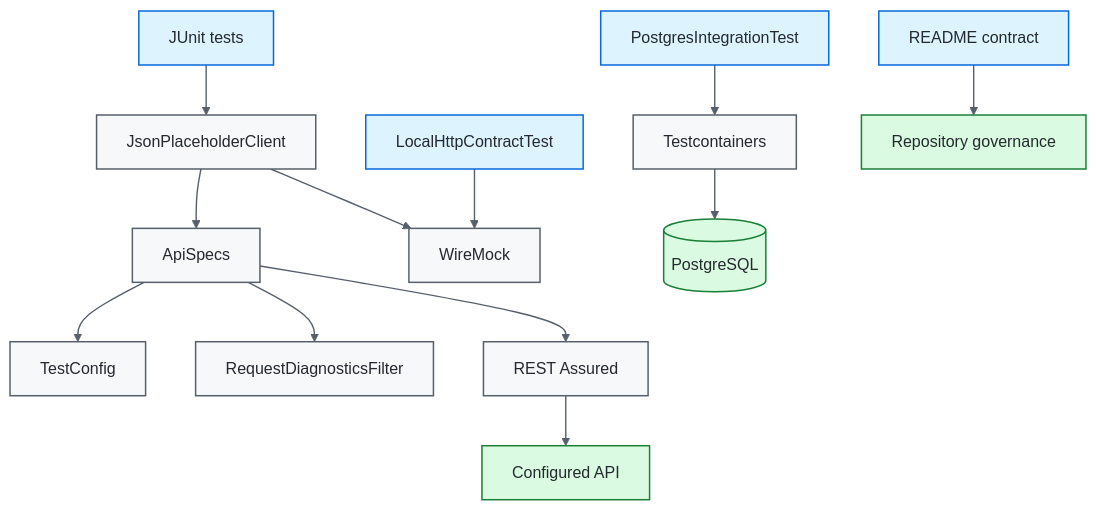
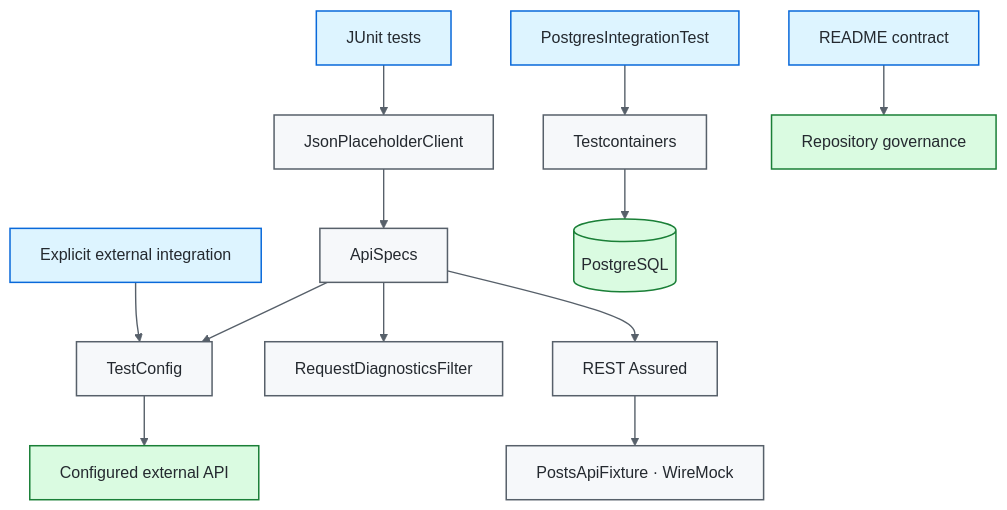
The first of 2 diagrams in README.md (portyu9/qa-automation-java-restassured), drawn with Mermaid (base theme) before and after one commit. The commit also changed other lines of this file and 10 other files, not shown here.

First line of the commit message:
Make REST Assured CI deterministic with WireMock (#17)

````diff
--- a/README.md
+++ b/README.md
@@ -41,22 +42,22 @@
 ```mermaid
 flowchart TD
     J[JUnit tests] --> CLIENT[JsonPlaceholderClient]
     CLIENT --> SPEC[ApiSpecs]
     SPEC --> CFG[TestConfig]
     SPEC --> FILTER[RequestDiagnosticsFilter]
     SPEC --> RA[REST Assured]
-    RA --> API[Configured API]
-    LOCAL[LocalHttpContractTest] --> WM[WireMock]
-    CLIENT --> WM
+    RA --> WM[PostsApiFixture · WireMock]
+    EXT[Explicit external integration] --> CFG
+    CFG --> API[Configured external API]
     DB[PostgresIntegrationTest] --> TC[Testcontainers]
     TC --> PG[(PostgreSQL)]
     DOCS[README contract] --> GOVERN[Repository governance]
 
     classDef entry fill:#ddf4ff,stroke:#0969da,color:#24292f,stroke-width:1.5px;
     classDef core fill:#f6f8fa,stroke:#57606a,color:#24292f,stroke-width:1.5px;
     classDef evidence fill:#dafbe1,stroke:#1a7f37,color:#24292f,stroke-width:1.5px;
-    class J,LOCAL,DB,DOCS entry;
+    class J,EXT,DB,DOCS entry;
     class CLIENT,SPEC,CFG,FILTER,RA,WM,TC core;
     class API,PG,GOVERN evidence;
     linkStyle default stroke:#57606a,stroke-width:1.4px;
 ```
````
